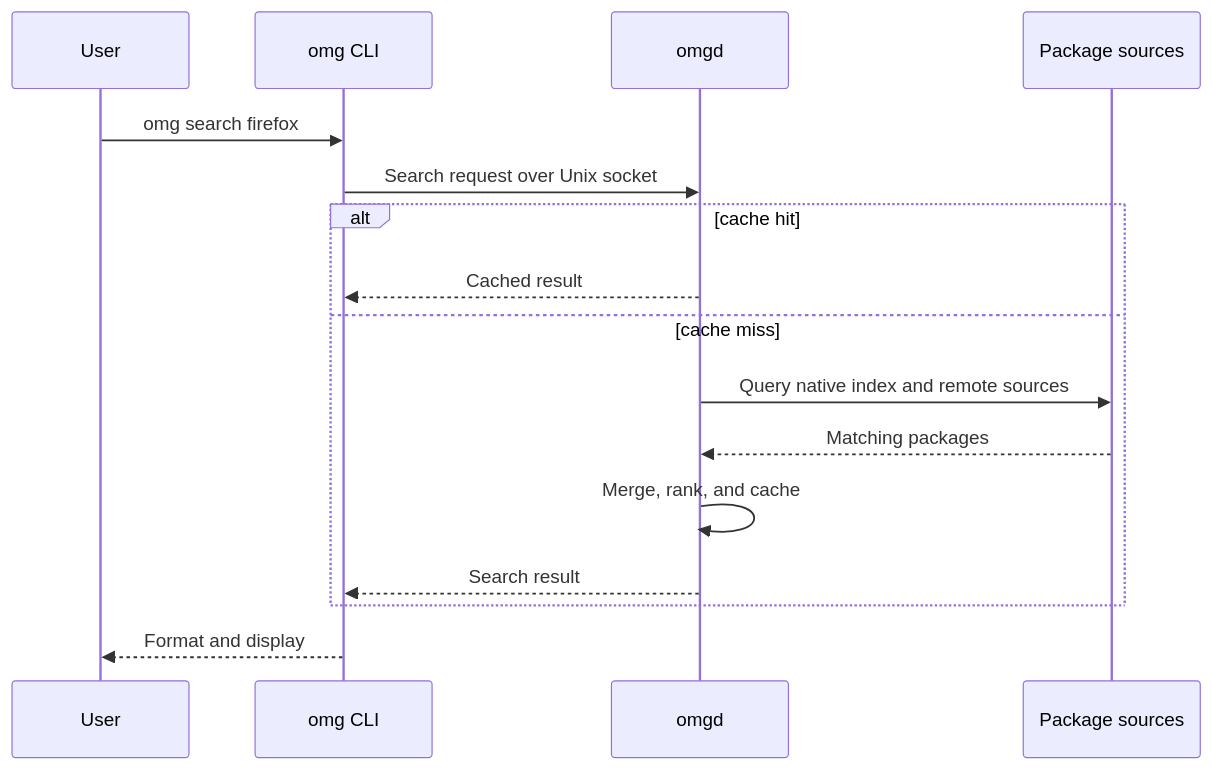
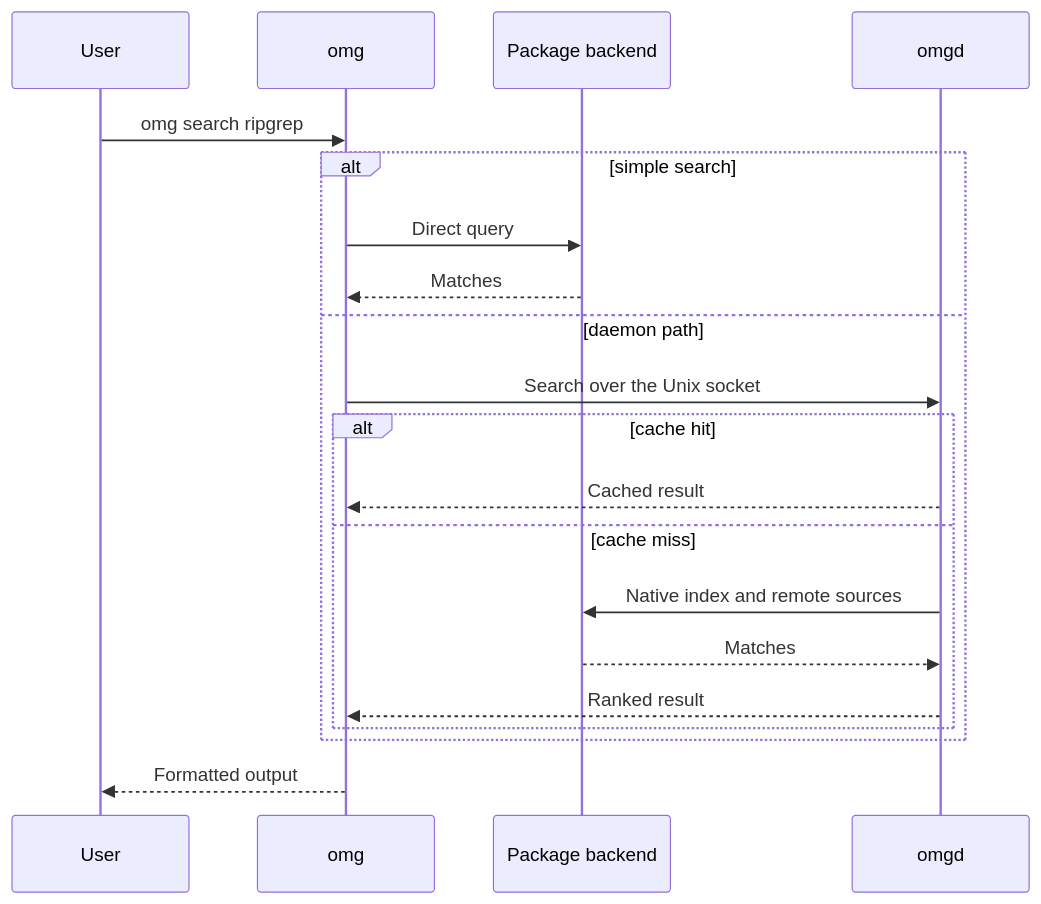
The second of 3 diagrams in docs/architecture.md (omg-cli/omg), drawn with Mermaid before and after one commit. The commit also changed other lines of this file and 53 other files, not shown here.

First line of the commit message:
docs: make the guides beginner-readable, add diagrams, and gate doc drift

````diff
--- a/docs/architecture.md
+++ b/docs/architecture.md
@@ -149,18 +49,22 @@
 ```mermaid
 sequenceDiagram
     participant U as User
-    participant C as omg CLI
+    participant C as omg
+    participant B as Package backend
     participant D as omgd
-    participant S as Package sources
-    U->>C: omg search firefox
-    C->>D: Search request over Unix socket
-    alt cache hit
-        D-->>C: Cached result
-    else cache miss
-        D->>S: Query native index and remote sources
-        S-->>D: Matching packages
-        D->>D: Merge, rank, and cache
-        D-->>C: Search result
+    U->>C: omg search ripgrep
+    alt simple search
+        C->>B: Direct query
+        B-->>C: Matches
+    else daemon path
+        C->>D: Search over the Unix socket
+        alt cache hit
+            D-->>C: Cached result
+        else cache miss
+            D->>B: Native index and remote sources
+            B-->>D: Matches
+            D-->>C: Ranked result
+        end
     end
-    C-->>U: Format and display
+    C-->>U: Formatted output
 ```
````
